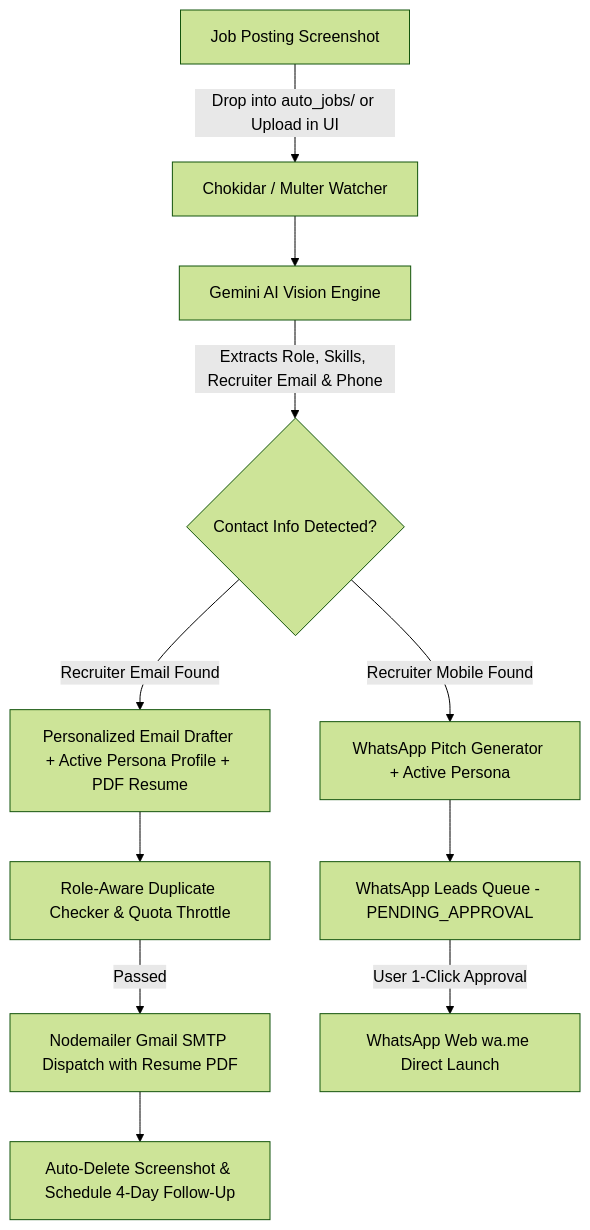
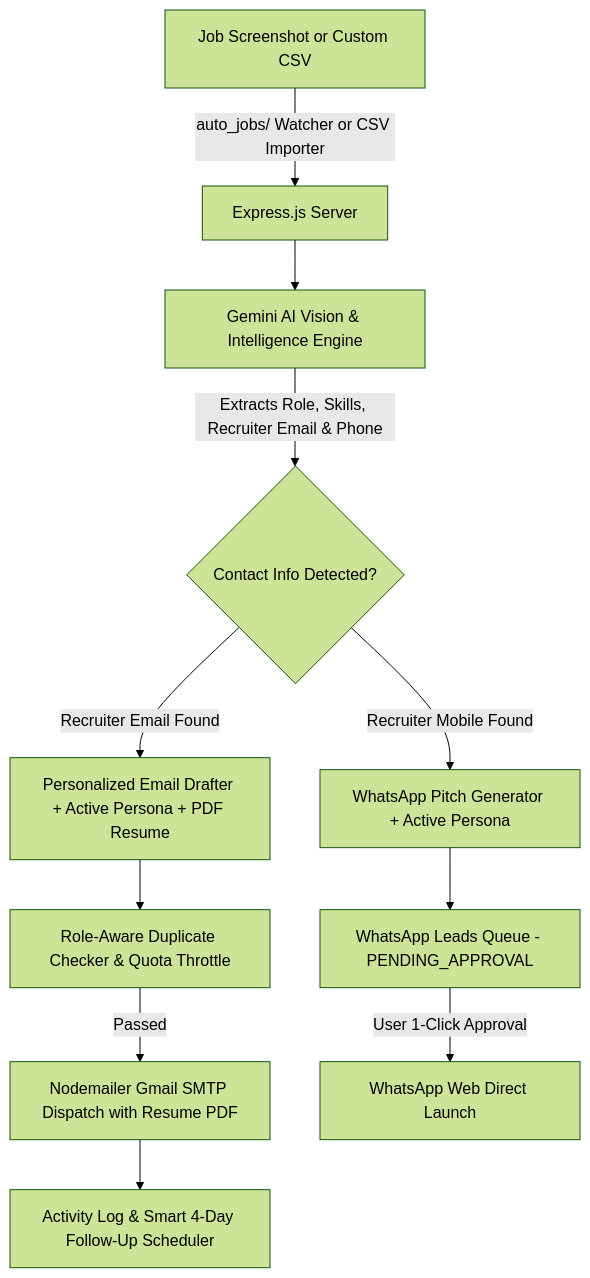
The diagram in README.md (ajayautade/auto-job-apply), drawn with Mermaid (forest theme) before and after one commit. The commit also changed other lines of this file, not shown here.

````diff
--- a/README.md
+++ b/README.md
@@ -72,13 +70,13 @@
 ```mermaid
 graph TD
-    A[Job Posting Screenshot] -->|Drop into auto_jobs/ or Upload in UI| B[Chokidar / Multer Watcher]
-    B --> C[Gemini AI Vision Engine]
+    A[Job Screenshot or Custom CSV] -->|auto_jobs/ Watcher or CSV Importer| B[Express.js Server]
+    B --> C[Gemini AI Vision & Intelligence Engine]
     C -->|Extracts Role, Skills, Recruiter Email & Phone| D{Contact Info Detected?}
-    D -->|Recruiter Email Found| E[Personalized Email Drafter + Active Persona Profile + PDF Resume]
+    D -->|Recruiter Email Found| E[Personalized Email Drafter + Active Persona + PDF Resume]
     D -->|Recruiter Mobile Found| F[WhatsApp Pitch Generator + Active Persona]
     E --> G[Role-Aware Duplicate Checker & Quota Throttle]
     G -->|Passed| H[Nodemailer Gmail SMTP Dispatch with Resume PDF]
-    H --> I[Auto-Delete Screenshot & Schedule 4-Day Follow-Up]
+    H --> I[Activity Log & Smart 4-Day Follow-Up Scheduler]
     F --> J[WhatsApp Leads Queue - PENDING_APPROVAL]
-    J -->|User 1-Click Approval| K[WhatsApp Web wa.me Direct Launch]
+    J -->|User 1-Click Approval| K[WhatsApp Web Direct Launch]
 ```
````
